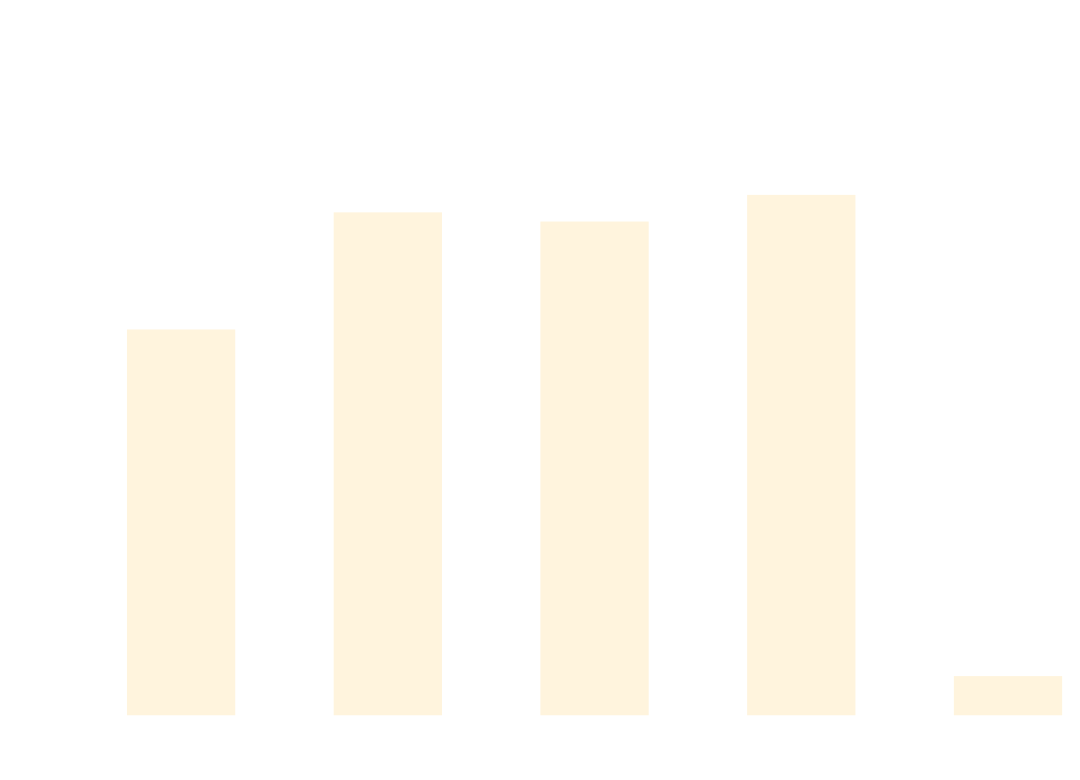
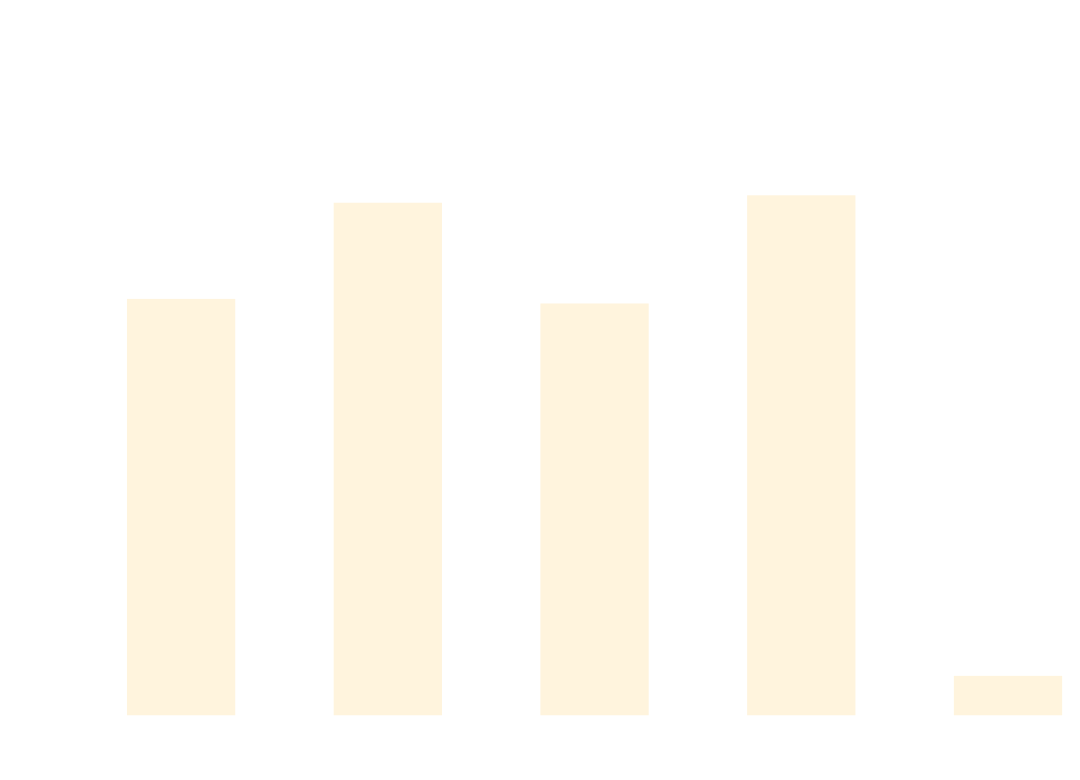
The diagram in docs/docs/benchmarks/ScaleTests.md (thomhurst/TUnit), drawn with Mermaid before and after one commit. The commit also changed other lines of this file and 17 other files, not shown here.

````diff
--- a/docs/docs/benchmarks/ScaleTests.md
+++ b/docs/docs/benchmarks/ScaleTests.md
@@ -27,37 +27,37 @@
 ```mermaid
 %%{init: {
   'theme':'base',
   'themeVariables': {
     'primaryColor': '#2563eb',
     'primaryTextColor': '#ffffff',
     'primaryBorderColor': '#1e40af',
     'lineColor': '#6b7280',
     'secondaryColor': '#7c3aed',
     'tertiaryColor': '#dc2626',
     'background': '#ffffff',
     'mainBkg': '#2563eb',
     'secondBkg': '#7c3aed',
     'tertiaryBkg': '#dc2626',
     'clusterBkg': '#f3f4f6',
     'edgeLabelBackground': '#ffffff',
     'tertiaryTextColor': '#1f2937',
     'pie1': '#2563eb',
     'pie2': '#7c3aed',
     'pie3': '#dc2626',
     'pie4': '#f59e0b',
     'pie5': '#10b981',
     'pie6': '#06b6d4',
     'pie7': '#ec4899',
     'pie8': '#6366f1',
     'pie9': '#84cc16',
     'pie10': '#f97316',
     'pie11': '#14b8a6',
     'pie12': '#a855f7'
   }
 }}%%
 xychart-beta
   title "ScaleTests Performance Comparison"
   x-axis ["TUnit", "NUnit", "MSTest", "xUnit3", "TUnit_AOT"]
-  y-axis "Time (ms)" 0 --> 756
-  bar [463.16, 608.21, 596.83, 629.83, 33.93]
+  y-axis "Time (ms)" 0 --> 734
+  bar [486.44, 602.06, 480.93, 610.99, 33.24]
 ```
````
